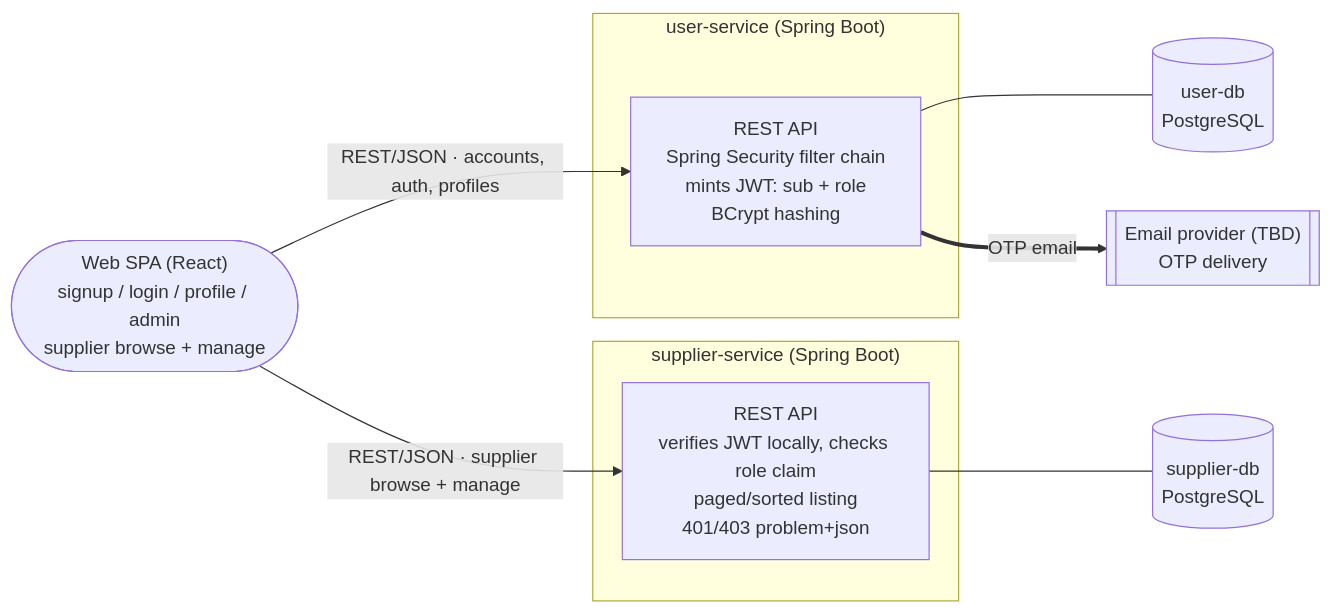
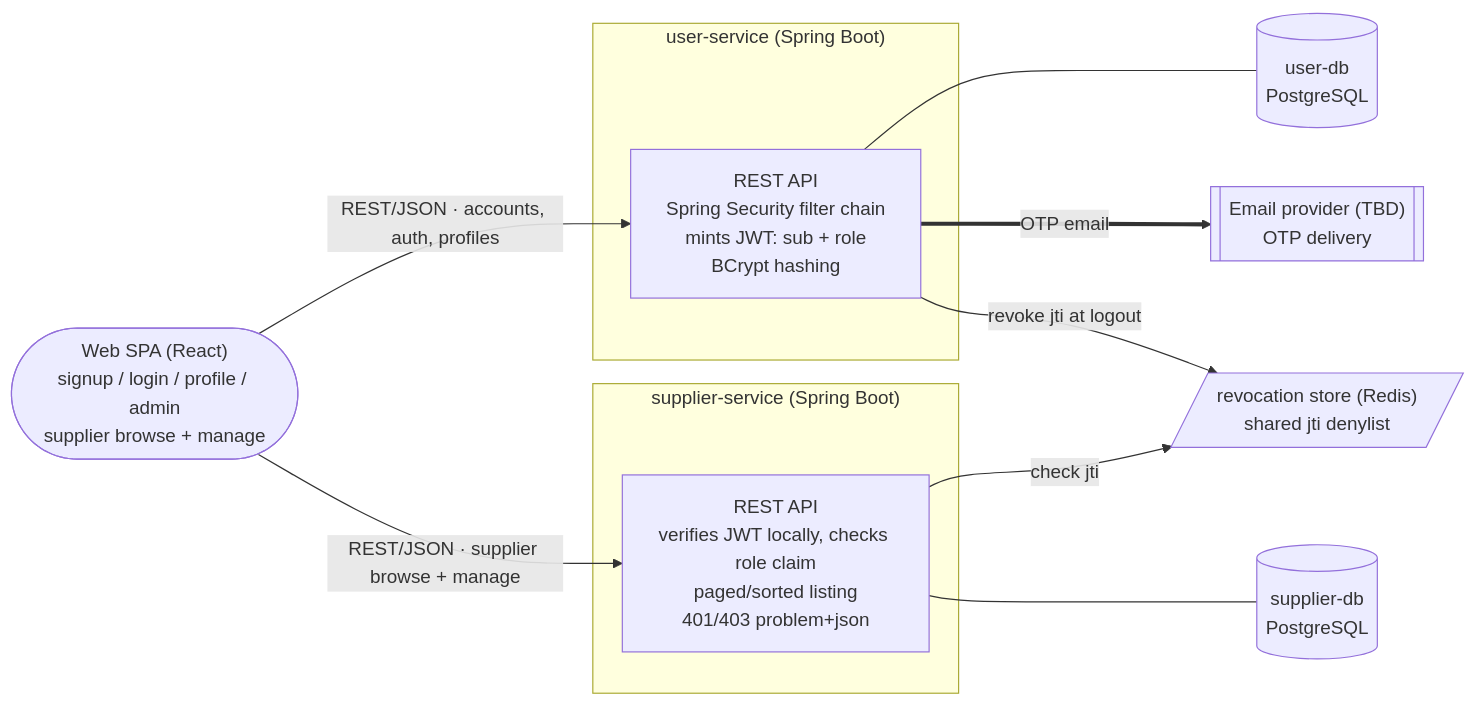
One commit to AY2627S1-CS3219-P23/foc changed the third of 9 diagrams in docs/d2-design.md. Above: the diagram before and after it, drawn with Mermaid. The commit also changed other lines of this file and 2 other files, not shown here.

First line of the commit message:
docs: record shared Redis revocation store for logout scope

````diff
--- a/docs/d2-design.md
+++ b/docs/d2-design.md
@@ -90,21 +96,24 @@
 ```mermaid
 flowchart LR
     SPA(["Web SPA (React)<br/>signup / login / profile / admin<br/>supplier browse + manage"])
 
     subgraph US["user-service (Spring Boot)"]
         USC["REST API<br/>Spring Security filter chain<br/>mints JWT: sub + role<br/>BCrypt hashing"]
     end
     subgraph SS["supplier-service (Spring Boot)"]
         SSC["REST API<br/>verifies JWT locally, checks role claim<br/>paged/sorted listing<br/>401/403 problem+json"]
     end
 
     UDB[("user-db<br/>PostgreSQL")]
     SDB[("supplier-db<br/>PostgreSQL")]
     MAIL[["Email provider (TBD)<br/>OTP delivery"]]
+    RED[/"revocation store (Redis)<br/>shared jti denylist"/]
 
     SPA -->|"REST/JSON · accounts, auth, profiles"| USC
     SPA -->|"REST/JSON · supplier browse + manage"| SSC
     USC --- UDB
     SSC --- SDB
     USC ==>|"OTP email"| MAIL
+    USC -->|"revoke jti at logout"| RED
+    SSC -->|"check jti"| RED
 ```
````
